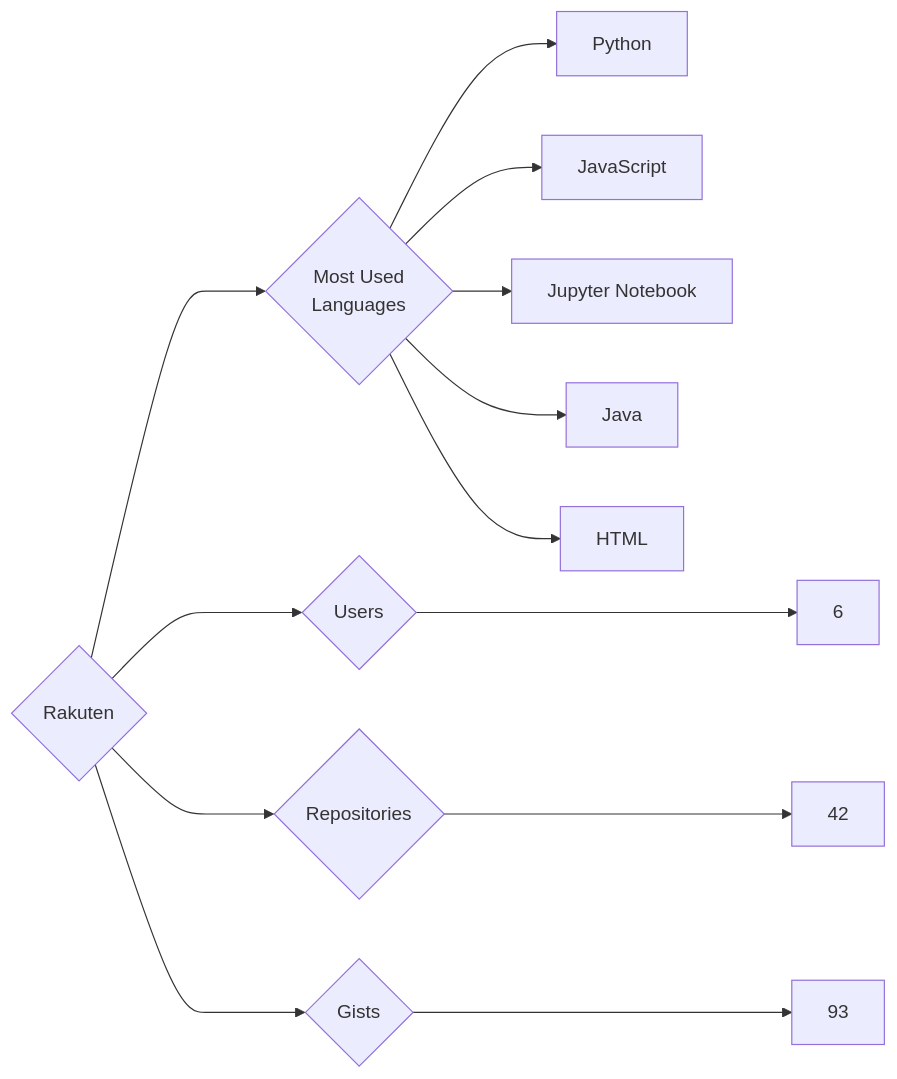
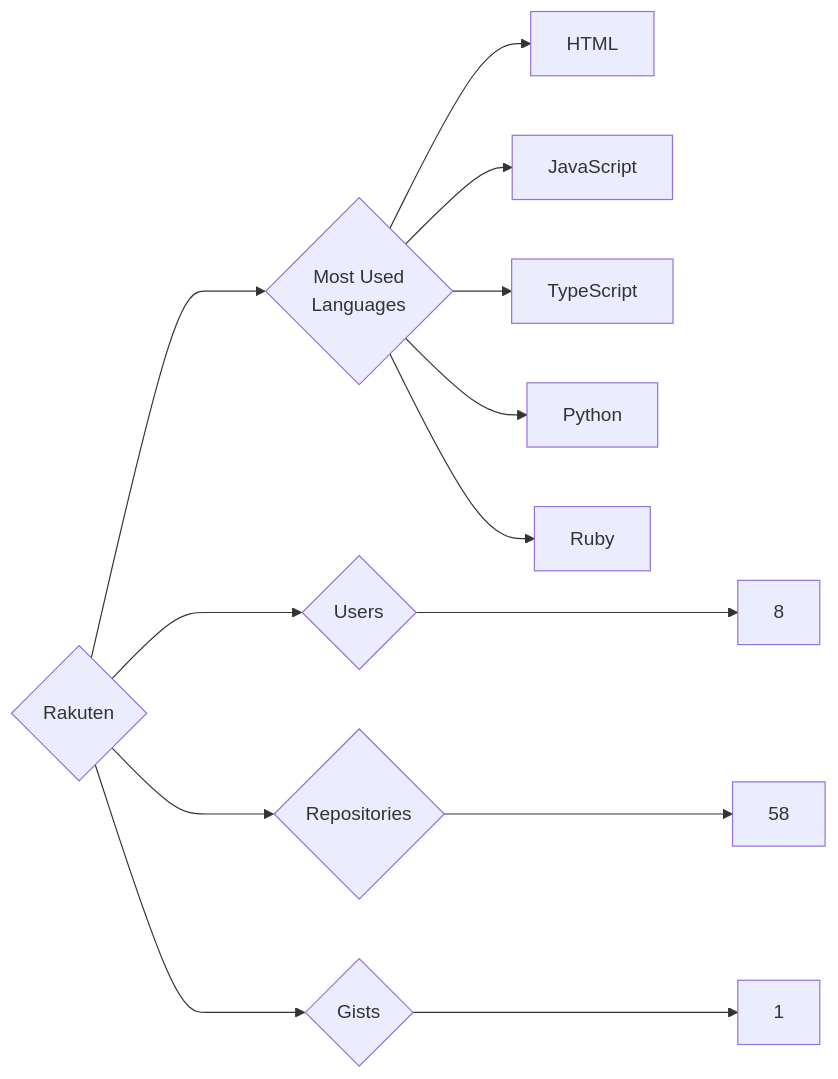
One commit to trickest/insiders changed the diagram in targets/Rakuten/README.md. Above: the diagram before and after it, drawn with Mermaid. The commit also changed 1696 other files, not shown here.

````diff
--- a/targets/Rakuten/README.md
+++ b/targets/Rakuten/README.md
@@ -3,13 +3,13 @@
 ```mermaid
 graph LR
 COMPANY_NAME{Rakuten}
-COMPANY_NAME ---> U{Users} ---> UN[6]
-COMPANY_NAME ---> R{Repositories} ---> RN[42]
-COMPANY_NAME ---> G{Gists} ---> GN[93]
+COMPANY_NAME ---> U{Users} ---> UN[8]
+COMPANY_NAME ---> R{Repositories} ---> RN[58]
+COMPANY_NAME ---> G{Gists} ---> GN[1]
 COMPANY_NAME ---> ML{Most Used<br>Languages}
+ML --> HTML[HTML]
+ML --> JavaScript[JavaScript]
+ML --> TypeScript[TypeScript]
 ML --> Python[Python]
-ML --> JavaScript[JavaScript]
-ML --> Jupyter_Notebook[Jupyter Notebook]
-ML --> Java[Java]
-ML --> HTML[HTML]
+ML --> Ruby[Ruby]
 ```
````
